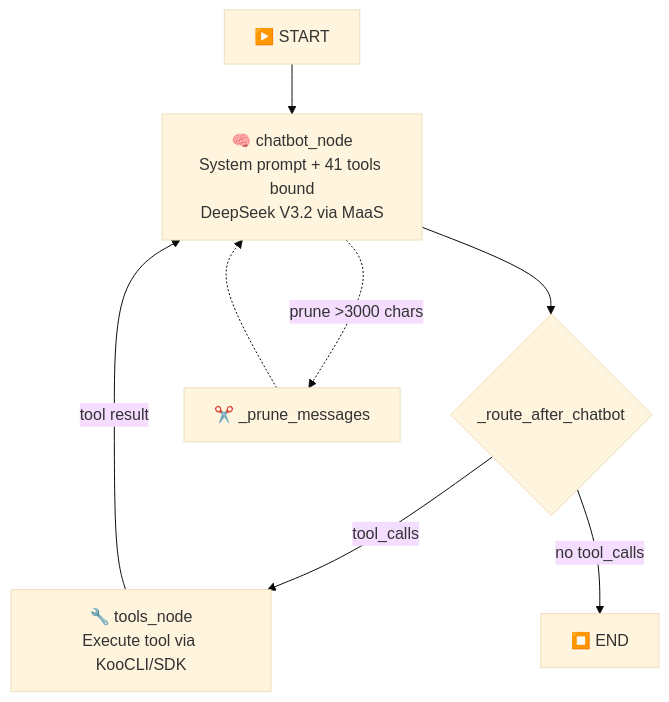
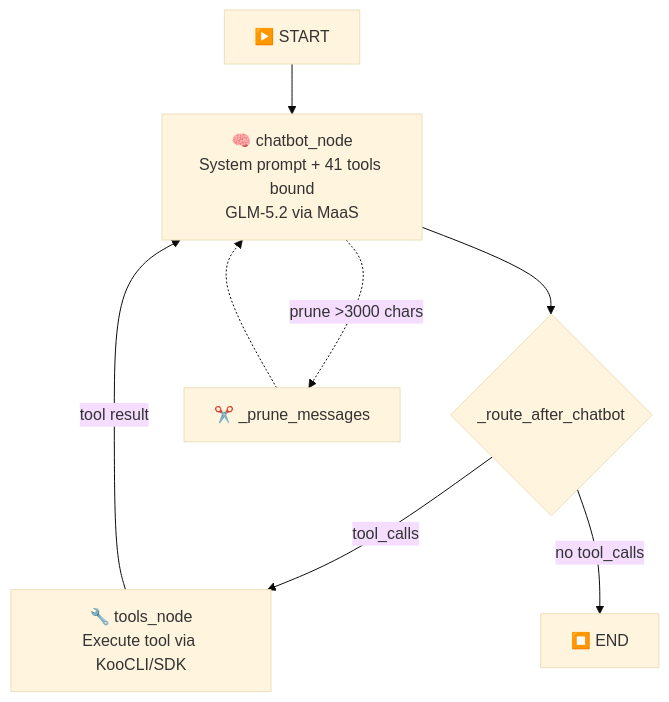
The third of 5 diagrams in README.md (mcastiblancoa/Huawei-Cloud-Smart-Assistant), drawn with Mermaid (base theme) before and after one commit. The commit also changed other lines of this file and 12 other files, not shown here.

````diff
--- a/README.md
+++ b/README.md
@@ -144,13 +107,13 @@
 ```mermaid
 graph TD
-    START["▶️ START"] --> CB["🧠 chatbot_node<br/>System prompt + 41 tools bound<br/>DeepSeek V3.2 via MaaS"]
+    START["▶️ START"] --> CB["🧠 chatbot_node<br/>System prompt + 41 tools bound<br/>GLM-5.2 via MaaS"]
     CB --> ROUTE{"_route_after_chatbot"}
 
     ROUTE -->|tool_calls| TN["🔧 tools_node<br/>Execute tool via KooCLI/SDK"]
     ROUTE -->|no tool_calls| END["⏹️ END"]
 
     TN -->|tool result| CB
 
     CB -.->|prune >3000 chars| PRUNE["✂️ _prune_messages"]
     PRUNE -.-> CB
 ```
````
